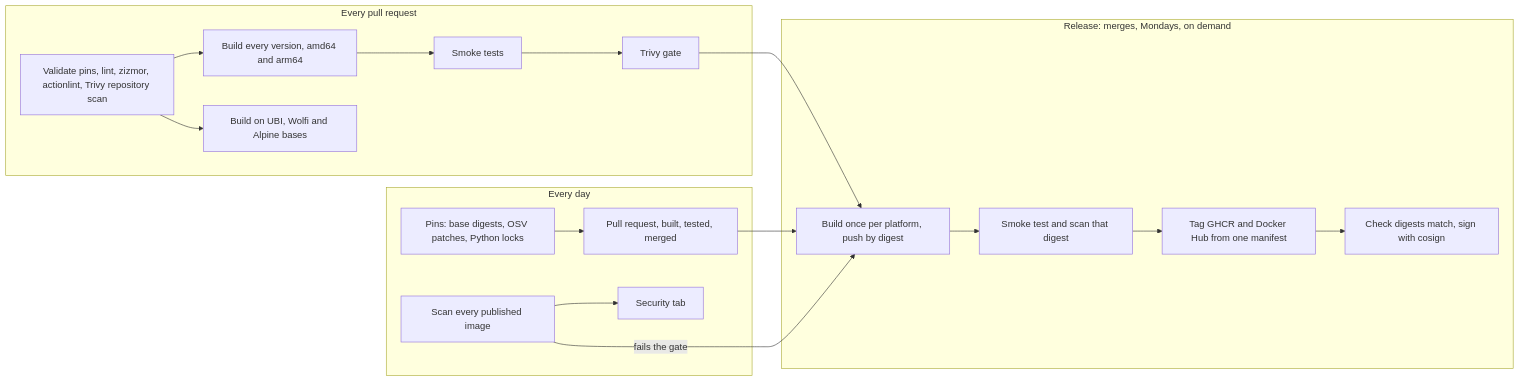
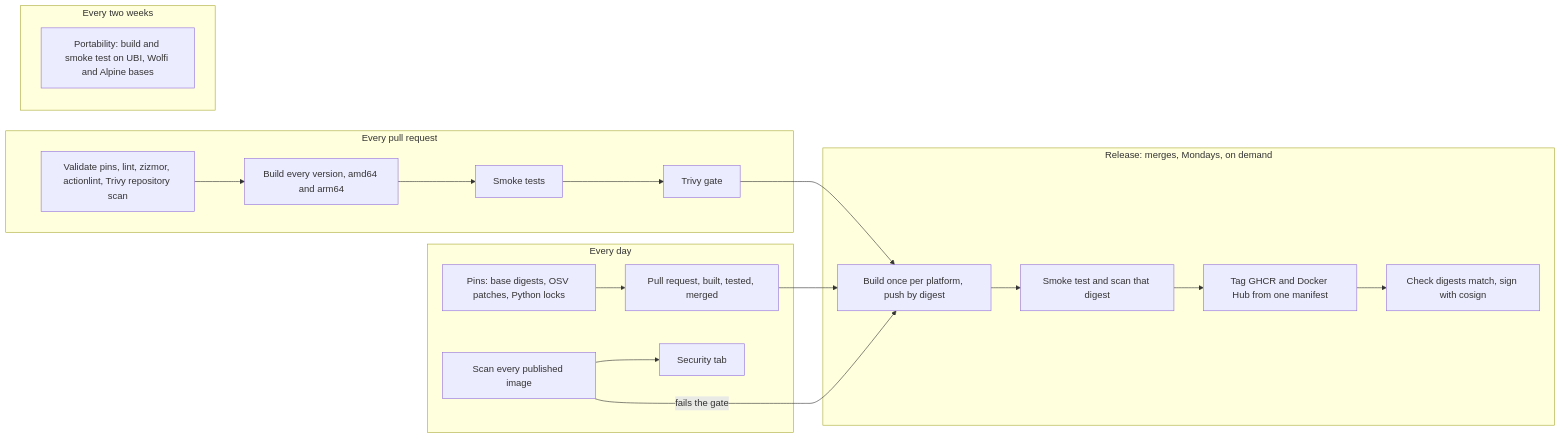
One commit to libre-devops/container-images changed the diagram in README.md. Above: the diagram before and after it, drawn with Mermaid. The commit also changed other lines of this file and 4 other files, not shown here.

First line of the commit message:
ci: portability builds every two weeks, not on every pull request

````diff
--- a/README.md
+++ b/README.md
@@ -706,19 +706,21 @@
 ```mermaid
 flowchart LR
   subgraph pr["Every pull request"]
     check["Validate pins, lint, zizmor, actionlint, Trivy repository scan"] --> build["Build every version, amd64 and arm64"]
     build --> test["Smoke tests"] --> gate["Trivy gate"]
-    check --> port["Build on UBI, Wolfi and Alpine bases"]
+  end
+  subgraph fortnight["Every two weeks"]
+    port["Portability: build and smoke test on UBI, Wolfi and Alpine bases"]
   end
   subgraph release["Release: merges, Mondays, on demand"]
     push["Build once per platform, push by digest"] --> verify["Smoke test and scan that digest"]
     verify --> tag["Tag GHCR and Docker Hub from one manifest"] --> sign["Check digests match, sign with cosign"]
   end
   subgraph daily["Every day"]
     pins["Pins: base digests, OSV patches, Python locks"] --> prs["Pull request, built, tested, merged"]
     scan["Scan every published image"] --> tab["Security tab"]
   end
   gate --> push
   prs --> push
   scan -- "fails the gate" --> push
 ```
````
